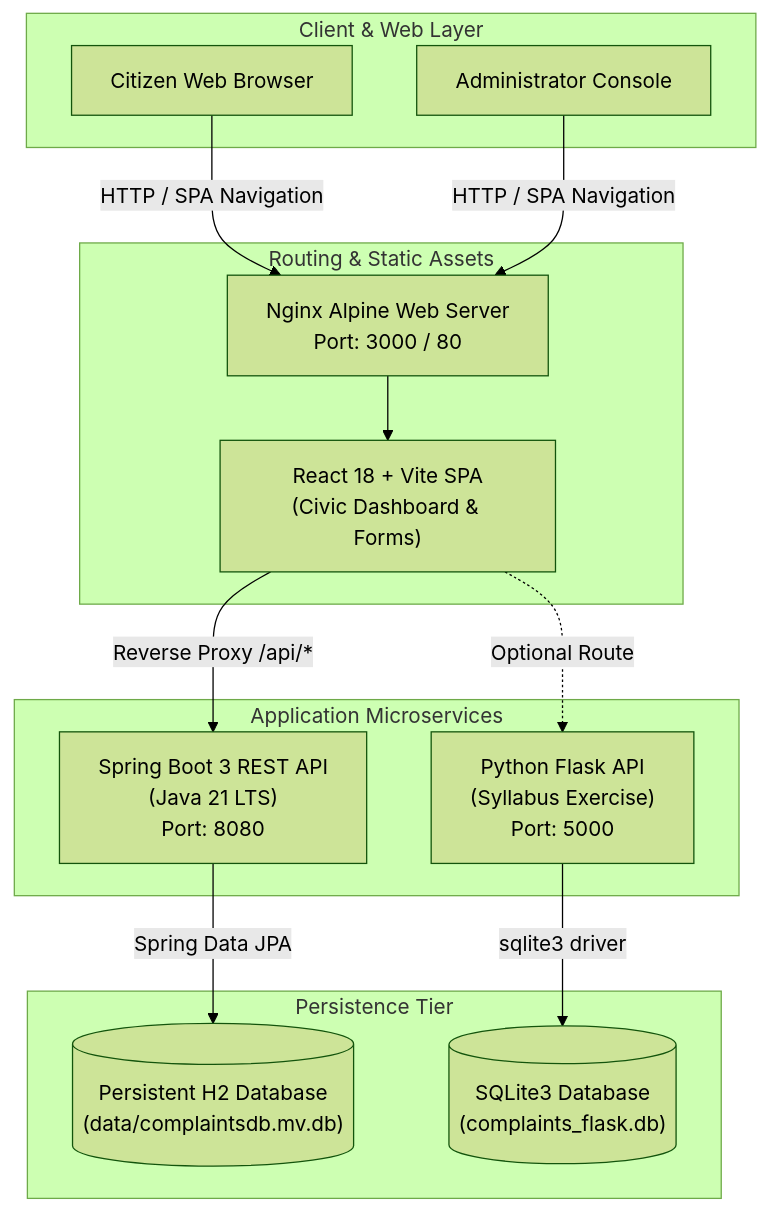
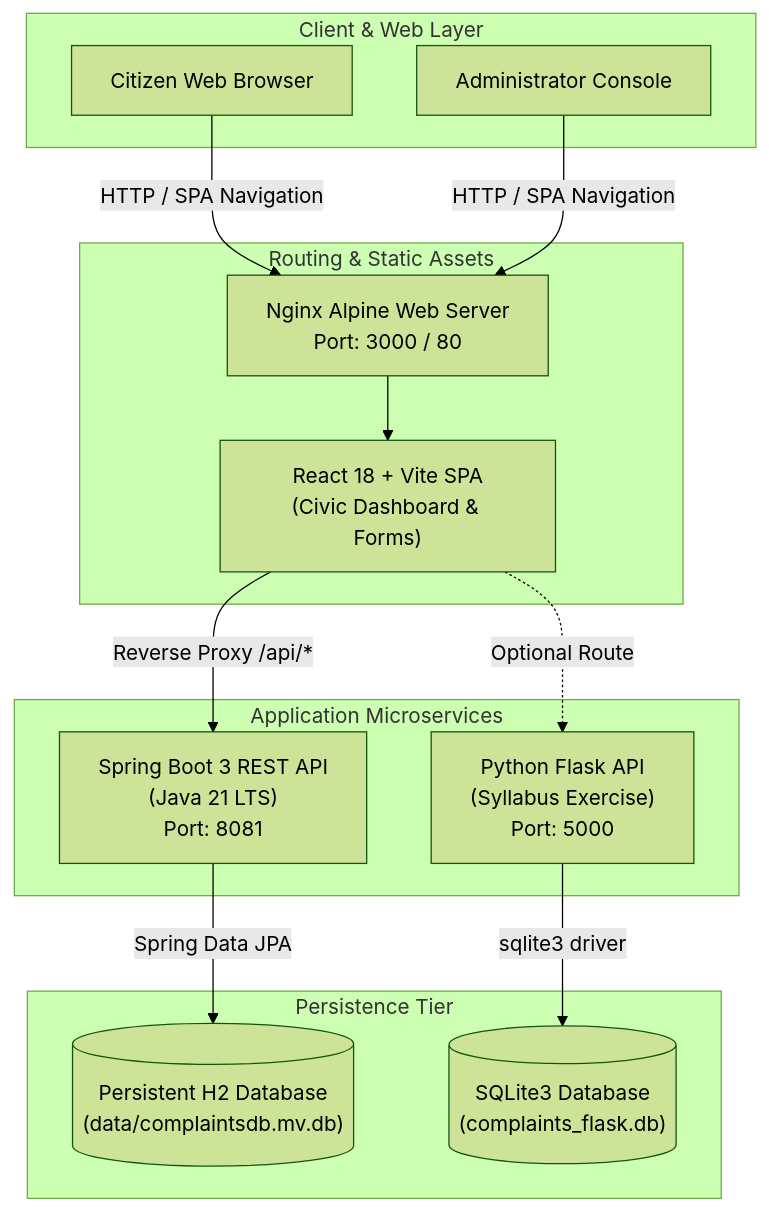
One commit to BHUVANESWARIANDRA/Citizen_Complaint_Portal changed the first of 2 diagrams in docs/LAB_RECORD.md. Above: the diagram before and after it, drawn with Mermaid (forest theme). The commit also changed other lines of this file and 15 other files, not shown here.

Commit message:
fix(port): configure Spring Boot default port to 8081 to avoid Oracle listener conflict

````diff
--- a/docs/LAB_RECORD.md
+++ b/docs/LAB_RECORD.md
@@ -62,31 +62,31 @@
 ```mermaid
 graph TD
     subgraph ClientLayer["Client & Web Layer"]
         CitizenBrowser["Citizen Web Browser"]
         AdminBrowser["Administrator Console"]
     end
 
     subgraph IngressLayer["Routing & Static Assets"]
         NginxServer["Nginx Alpine Web Server<br/>Port: 3000 / 80"]
         ReactSPA["React 18 + Vite SPA<br/>(Civic Dashboard & Forms)"]
     end
 
     subgraph ServiceLayer["Application Microservices"]
-        SpringBootAPI["Spring Boot 3 REST API<br/>(Java 21 LTS)<br/>Port: 8080"]
+        SpringBootAPI["Spring Boot 3 REST API<br/>(Java 21 LTS)<br/>Port: 8081"]
         FlaskMicroservice["Python Flask API<br/>(Syllabus Exercise)<br/>Port: 5000"]
     end
 
     subgraph StorageLayer["Persistence Tier"]
         H2Storage[("Persistent H2 Database<br/>(data/complaintsdb.mv.db)")]
         SQLiteStorage[("SQLite3 Database<br/>(complaints_flask.db)")]
     end
 
     CitizenBrowser -->|HTTP / SPA Navigation| NginxServer
     AdminBrowser -->|HTTP / SPA Navigation| NginxServer
     NginxServer --> ReactSPA
     ReactSPA -->|Reverse Proxy /api/*| SpringBootAPI
     ReactSPA -.->|Optional Route| FlaskMicroservice
 
     SpringBootAPI -->|Spring Data JPA| H2Storage
     FlaskMicroservice -->|sqlite3 driver| SQLiteStorage
 ```
````
